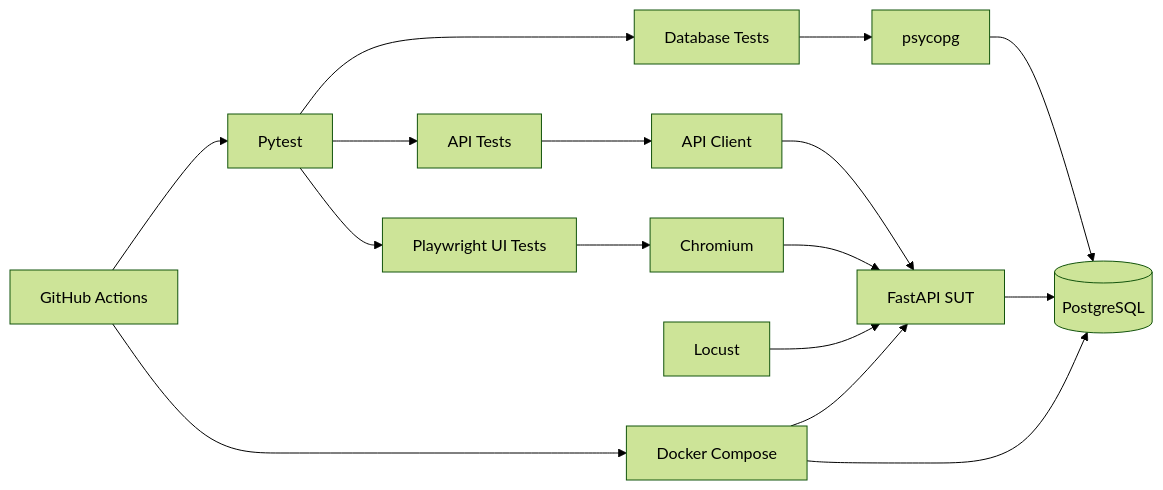
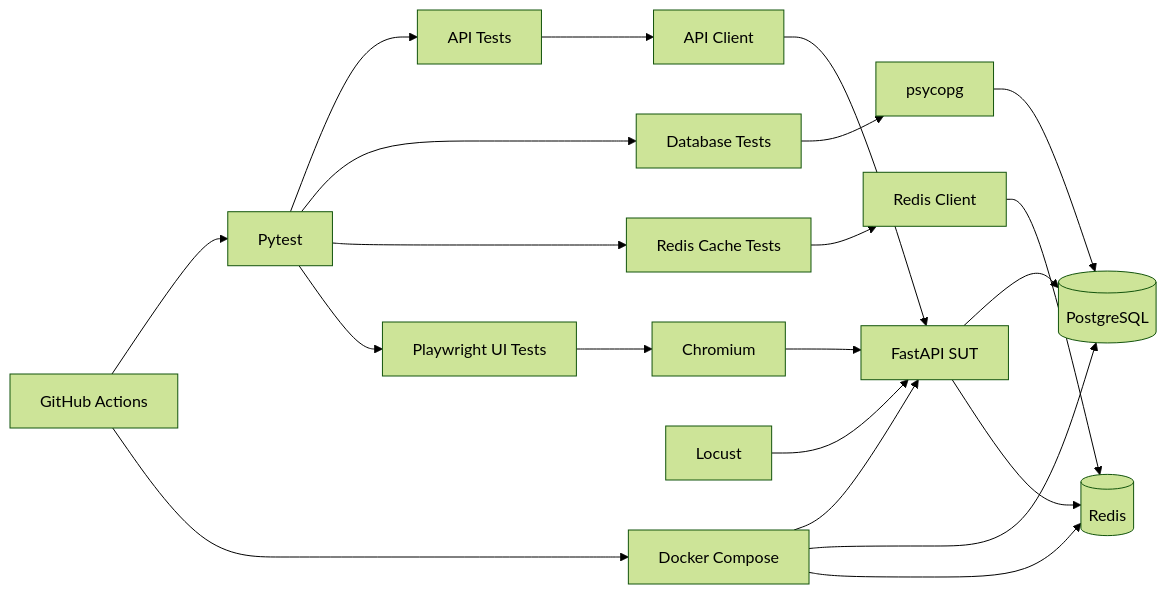
The first of 2 diagrams in README.md (11166-qa/qa-automation), drawn with Mermaid (forest theme) before and after one commit. The commit also changed other lines of this file, not shown here.

Commit message:
docs: update README with Redis testing and CI

````diff
--- a/README.md
+++ b/README.md
@@ -114,23 +124,29 @@
 ```mermaid
 flowchart LR
     A[Pytest] --> B[API Tests]
     A --> C[Database Tests]
-    A --> D[Playwright UI Tests]
+    A --> D[Redis Cache Tests]
+    A --> E[Playwright UI Tests]
 
-    B --> E[API Client]
-    E --> F[FastAPI SUT]
+    B --> F[API Client]
+    F --> G[FastAPI SUT]
 
-    C --> G[psycopg]
-    G --> H[(PostgreSQL)]
+    C --> H[psycopg]
+    H --> I[(PostgreSQL)]
 
-    D --> I[Chromium]
-    I --> F
+    D --> J[Redis Client]
+    J --> K[(Redis)]
 
-    F --> H
+    E --> L[Chromium]
+    L --> G
 
-    J[Locust] --> F
-    K[GitHub Actions] --> A
-    K --> L[Docker Compose]
-    L --> F
-    L --> H
+    G --> I
+    G --> K
+
+    M[Locust] --> G
+    N[GitHub Actions] --> A
+    N --> O[Docker Compose]
+    O --> G
+    O --> I
+    O --> K
 ```
````
